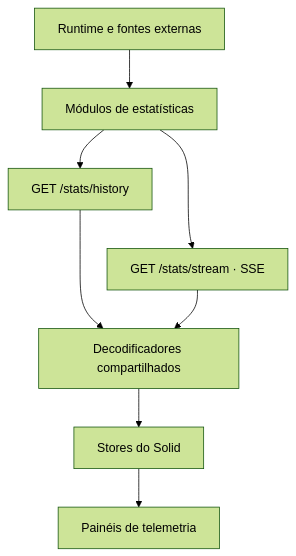
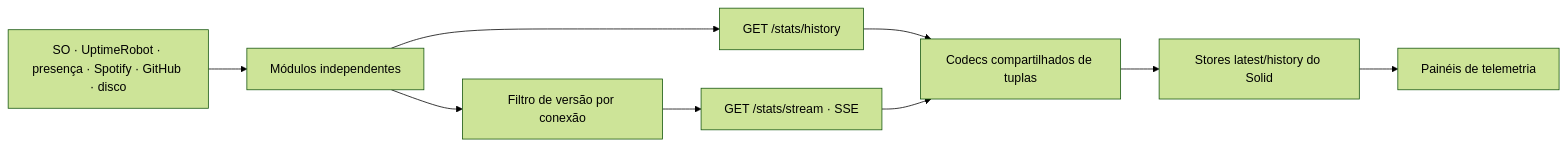
Before and after one commit to ErickCReis/ErickCReis: the diagram in web/content/blog/the-stats-pipeline.pt-BR.mdx, drawn with Mermaid (forest theme). The commit also changed other lines of this file and 33 other files, not shown here.

````diff
--- a/web/content/blog/the-stats-pipeline.pt-BR.mdx
+++ b/web/content/blog/the-stats-pipeline.pt-BR.mdx
@@ -20,11 +10,11 @@
 ```mermaid center
-flowchart TB
-  Sources["Runtime e fontes externas"] --> Modules["Módulos de estatísticas"]
-  Modules --> History["GET /stats/history"]
-  Modules --> Stream["GET /stats/stream · SSE"]
-  History ~~~ Stream
-  History --> Transport["Decodificadores compartilhados"]
-  Stream --> Transport
-  Transport --> Stores["Stores do Solid"]
+flowchart LR
+  Sources["SO · UptimeRobot · presença · Spotify · GitHub · disco"] --> Collectors["Módulos independentes"]
+  Collectors --> History["GET /stats/history"]
+  Collectors --> Gate["Filtro de versão por conexão"]
+  Gate --> SSE["GET /stats/stream · SSE"]
+  History --> Codec["Codecs compartilhados de tuplas"]
+  SSE --> Codec
+  Codec --> Stores["Stores latest/history do Solid"]
   Stores --> Panels["Painéis de telemetria"]
 ```
````
